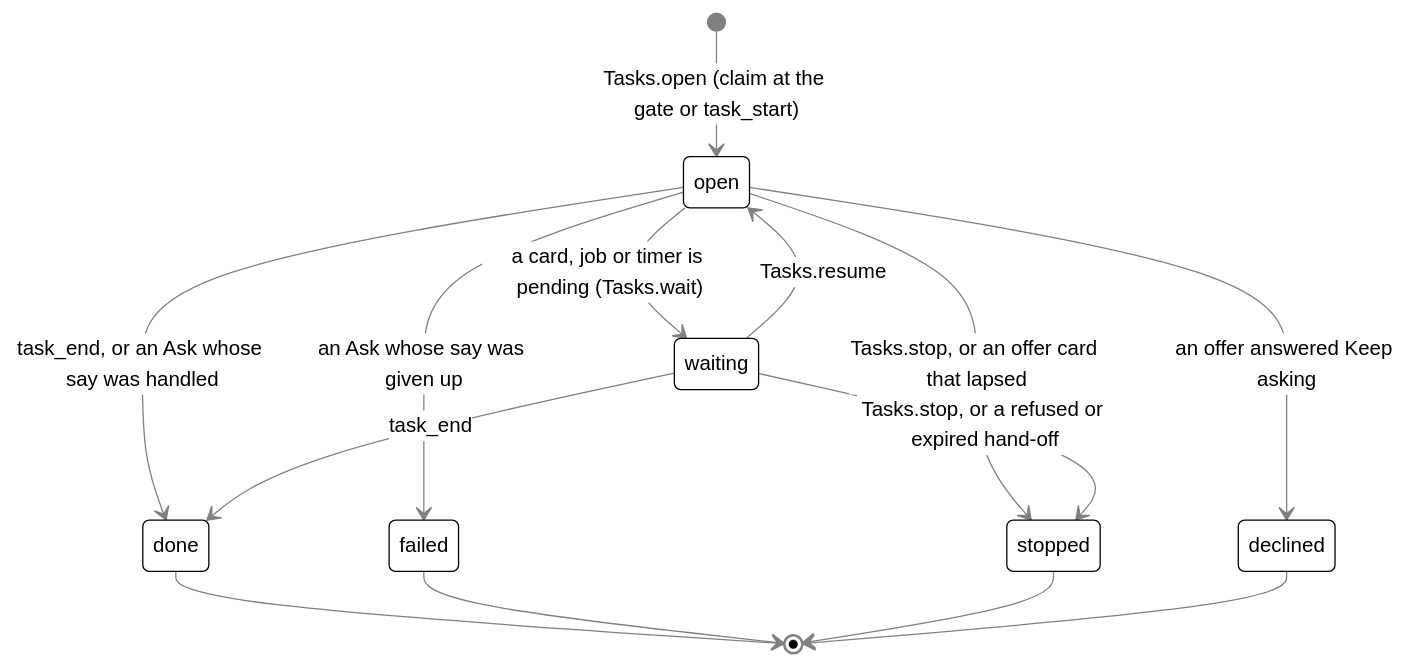
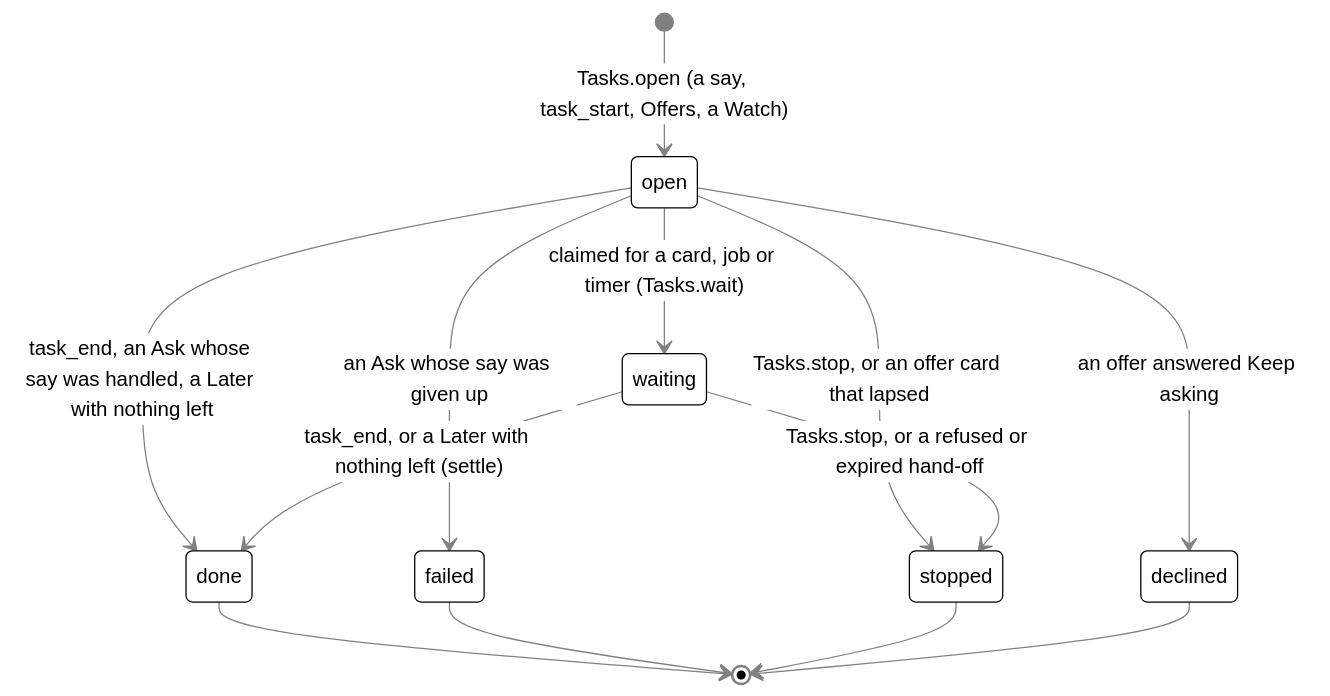
The first of 5 diagrams in docs/brain/tasks.md (nadeem4/tagalong), drawn with Mermaid before and after one commit. The commit also changed other lines of this file and 3 other files, not shown here.

````diff
--- a/docs/brain/tasks.md
+++ b/docs/brain/tasks.md
@@ -21,17 +21,16 @@
 ```mermaid
 %%{init: {"theme": "base", "themeVariables": {"primaryColor": "#ffffff", "primaryTextColor": "#000000", "primaryBorderColor": "#000000", "lineColor": "#808080", "arrowheadColor": "#808080", "secondaryColor": "#f2f2f2", "tertiaryColor": "#ffffff", "clusterBkg": "#f7f7f7", "clusterBorder": "#808080", "edgeLabelBackground": "#ffffff", "titleColor": "#808080", "actorBkg": "#ffffff", "actorBorder": "#000000", "actorTextColor": "#000000", "actorLineColor": "#808080", "signalColor": "#808080", "signalTextColor": "#808080", "sequenceNumberColor": "#ffffff", "labelBoxBkgColor": "#ffffff", "labelBoxBorderColor": "#808080", "labelTextColor": "#000000", "loopTextColor": "#808080", "noteBkgColor": "#f7f7f7", "noteBorderColor": "#808080", "noteTextColor": "#000000", "activationBkgColor": "#f7f7f7", "activationBorderColor": "#808080", "fontFamily": "Segoe UI, Helvetica, Arial, sans-serif"}, "themeCSS": ".relationshipLabelBox{opacity:1} .relationshipLabelBox rect{opacity:1}"}}%%
 stateDiagram-v2
-    [*] --> open: Tasks.open (claim at the gate or task_start)
-    open --> waiting: a card, job or timer is pending (Tasks.wait)
-    waiting --> open: Tasks.resume
-    open --> done: task_end, or an Ask whose say was handled
-    waiting --> done: task_end
+    [*] --> open: Tasks.open (a say, task_start, Offers, a Watch)
+    open --> waiting: claimed for a card, job or timer (Tasks.wait)
+    open --> done: task_end, an Ask whose say was handled, a Later with nothing left
+    waiting --> done: task_end, or a Later with nothing left (settle)
     open --> failed: an Ask whose say was given up
     open --> stopped: Tasks.stop, or an offer card that lapsed
     waiting --> stopped: Tasks.stop, or a refused or expired hand-off
     open --> declined: an offer answered Keep asking
     done --> [*]
     failed --> [*]
     stopped --> [*]
     declined --> [*]
 ```
````
